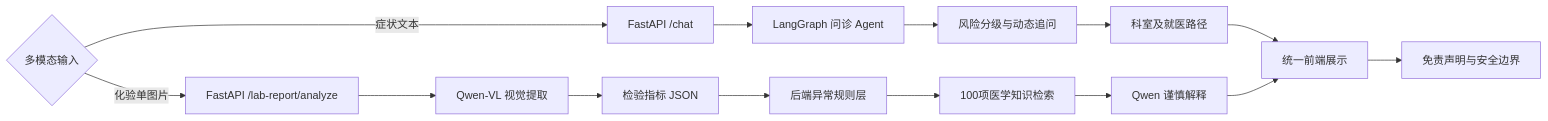
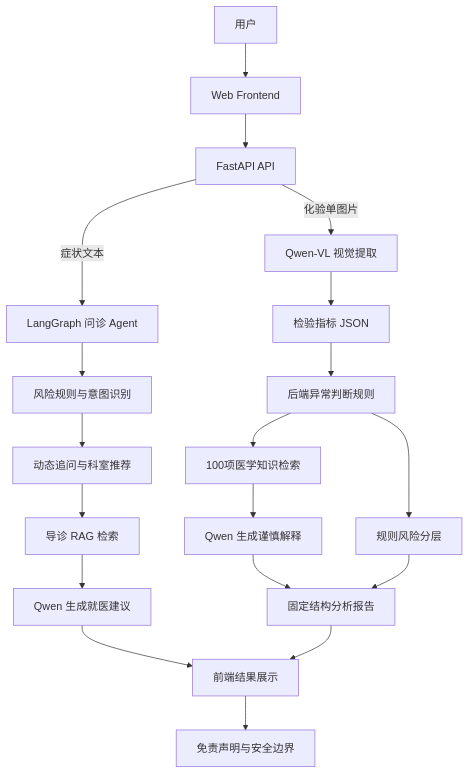
Before and after one commit to 3289960996-hub/MedicalAgent: the diagram in README.md, drawn with Mermaid. The commit also changed other lines of this file and 4 other files, not shown here.

````diff
--- a/README.md
+++ b/README.md
@@ -59,19 +59,24 @@
 ```mermaid
-flowchart LR
-    A{多模态输入}
-    A -->|症状文本| B[FastAPI /chat]
-    B --> C[LangGraph 问诊 Agent]
-    C --> D[风险分级与动态追问]
-    D --> E[科室及就医路径]
+flowchart TD
+    U[用户] --> WEB[Web Frontend]
+    WEB --> API[FastAPI API]
 
-    A -->|化验单图片| F[FastAPI /lab-report/analyze]
-    F --> G[Qwen-VL 视觉提取]
-    G --> H[检验指标 JSON]
-    H --> I[后端异常规则层]
-    I --> J[100项医学知识检索]
-    J --> K[Qwen 谨慎解释]
+    API -->|症状文本| AGENT[LangGraph 问诊 Agent]
+    AGENT --> TRIAGE[风险规则与意图识别]
+    TRIAGE --> FOLLOWUP[动态追问与科室推荐]
+    FOLLOWUP --> TRIAGE_RAG[导诊 RAG 检索]
+    TRIAGE_RAG --> ADVICE[Qwen 生成就医建议]
 
-    E --> L[统一前端展示]
-    K --> L
-    L --> M[免责声明与安全边界]
+    API -->|化验单图片| VISION[Qwen-VL 视觉提取]
+    VISION --> JSON[检验指标 JSON]
+    JSON --> RULES[后端异常判断规则]
+    RULES --> KNOWLEDGE[100项医学知识检索]
+    KNOWLEDGE --> EXPLAIN[Qwen 生成谨慎解释]
+    RULES --> LAB_RISK[规则风险分层]
+    EXPLAIN --> REPORT[固定结构分析报告]
+    LAB_RISK --> REPORT
+
+    ADVICE --> DISPLAY[前端结果展示]
+    REPORT --> DISPLAY
+    DISPLAY --> SAFETY[免责声明与安全边界]
 ```
````
